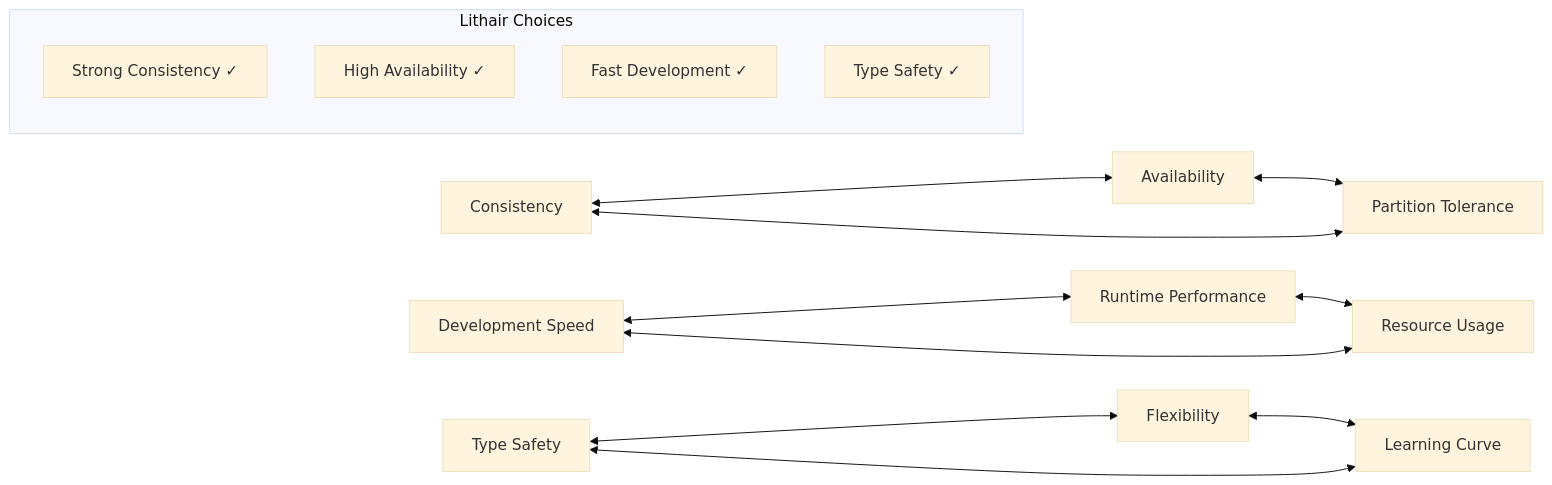
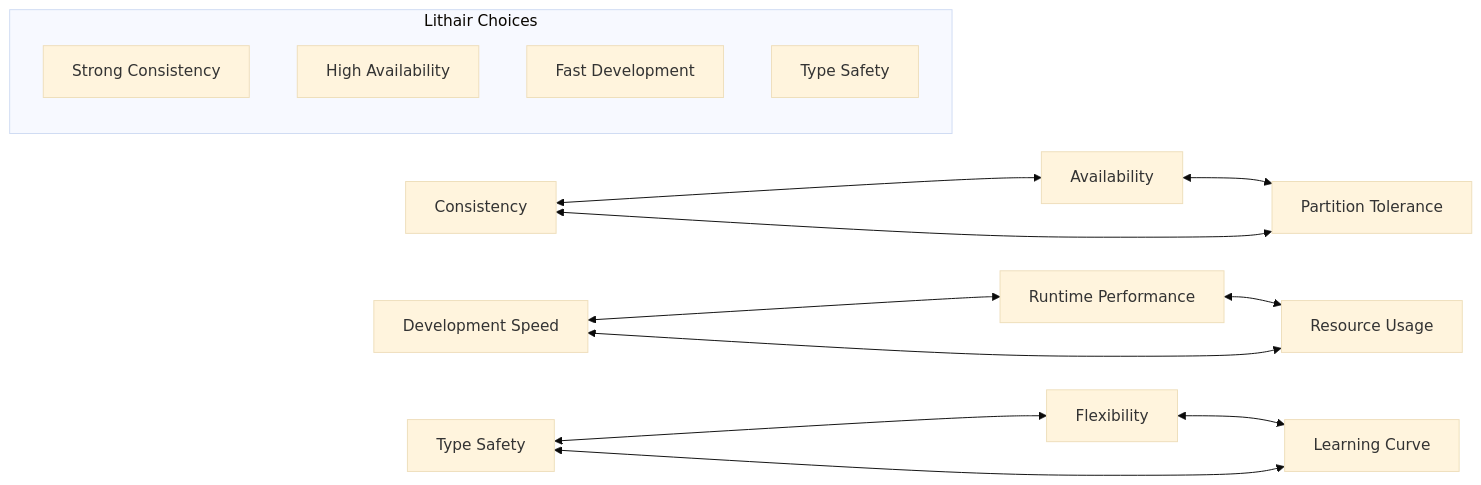
Before and after one commit to lithair/lithair: diagram 12 of 12 in docs/architecture/overview.md, drawn with Mermaid (base theme). The commit also changed 12 other files, not shown here.

````diff
--- a/docs/architecture/overview.md
+++ b/docs/architecture/overview.md
@@ -391,21 +391,21 @@
 ```mermaid
 graph LR
     A[Consistency] <--> B[Availability]
     B <--> C[Partition Tolerance]
     C <--> A
 
     D[Development Speed] <--> E[Runtime Performance]
     E <--> F[Resource Usage]
     F <--> D
 
     G[Type Safety] <--> H[Flexibility]
     H <--> I[Learning Curve]
     I <--> G
 
     subgraph "Lithair Choices"
-        J[Strong Consistency ✓]
-        K[High Availability ✓]
-        L[Fast Development ✓]
-        M[Type Safety ✓]
+        J[Strong Consistency ]
+        K[High Availability ]
+        L[Fast Development ]
+        M[Type Safety ]
     end
 ```
````
